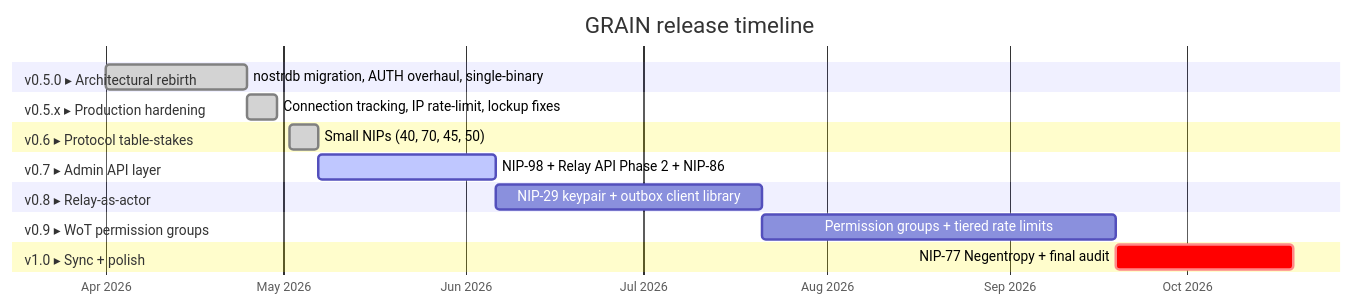
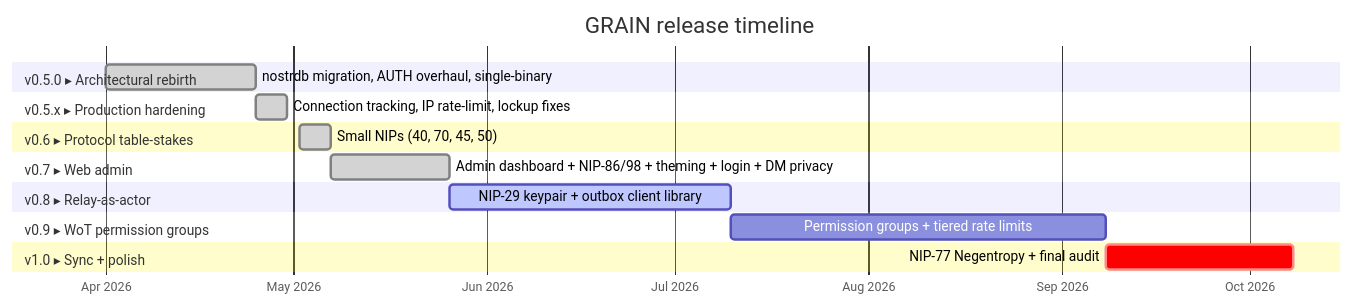
Before and after one commit to 0ceanSlim/grain: the diagram in ROADMAP.md, drawn with Mermaid. The commit also changed other lines of this file, not shown here.

First line of the commit message:
docs: update roadmap for v0.7.0 release

````diff
--- a/ROADMAP.md
+++ b/ROADMAP.md
@@ -20,27 +20,27 @@
 ```mermaid
 gantt
     title GRAIN release timeline
     dateFormat  YYYY-MM-DD
     axisFormat  %b %Y
 
     section v0.5.0 ▸ Architectural rebirth
     nostrdb migration, AUTH overhaul, single-binary    :done, v05, 2026-04-01, 2026-04-25
 
     section v0.5.x ▸ Production hardening
     Connection tracking, IP rate-limit, lockup fixes   :done, v05x, 2026-04-25, 2026-04-30
 
     section v0.6 ▸ Protocol table-stakes
     Small NIPs (40, 70, 45, 50)                        :done, v06, 2026-05-02, 2026-05-07
 
-    section v0.7 ▸ Admin API layer
-    NIP-98 + Relay API Phase 2 + NIP-86               :active, v07, after v06, 30d
+    section v0.7 ▸ Web admin
+    Admin dashboard + NIP-86/98 + theming + login + DM privacy :done, v07, 2026-05-07, 2026-05-26
 
     section v0.8 ▸ Relay-as-actor
-    NIP-29 keypair + outbox client library            :v08, after v07, 45d
+    NIP-29 keypair + outbox client library             :active, v08, after v07, 45d
 
     section v0.9 ▸ WoT permission groups
-    Permission groups + tiered rate limits            :v09, after v08, 60d
+    Permission groups + tiered rate limits             :v09, after v08, 60d
 
     section v1.0 ▸ Sync + polish
     NIP-77 Negentropy + final audit                    :crit, v10, after v09, 30d
 ```
````
